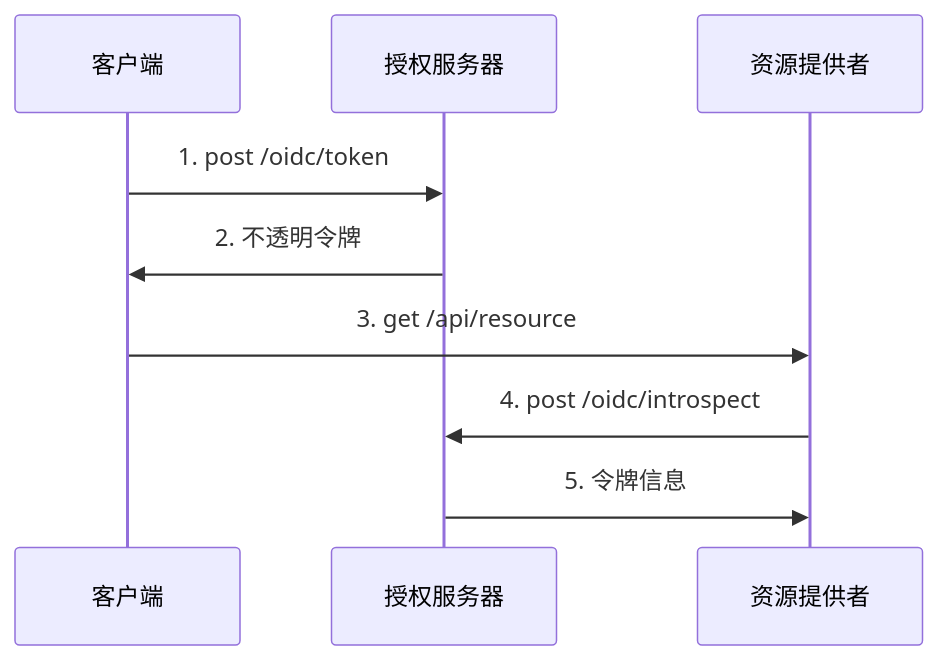
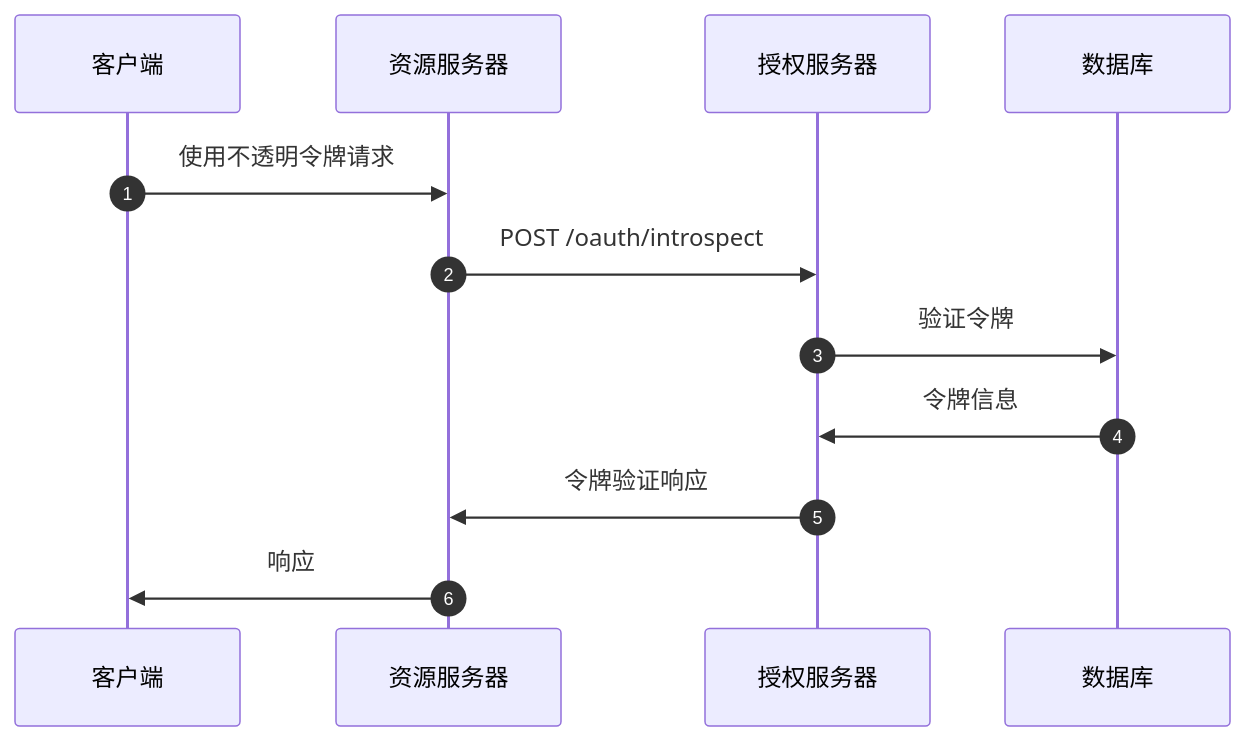
One commit to logto-io/auth-wiki changed the third of 5 diagrams in src/content/terms/zh/opaque-token.mdx. Above: the diagram before and after it, drawn with Mermaid. The commit also changed other lines of this file and 95 other files, not shown here.

````diff
--- a/src/content/terms/zh/opaque-token.mdx
+++ b/src/content/terms/zh/opaque-token.mdx
@@ -49,13 +80,15 @@
 ```mermaid
 sequenceDiagram
     participant C as 客户端
+    participant RS as 资源服务器
     participant AS as 授权服务器
-    participant RP as 资源提供者
+    participant D as 数据库
+    autonumber
 
-    C ->> AS: 1. post /oidc/token
-    AS ->> C: 2. 不透明令牌
-    C ->> RP: 3. get /api/resource
-    RP ->> AS: 4. post /oidc/introspect
-    AS ->> RP: 5. 令牌信息
-
+    C->>RS: 使用不透明令牌请求
+    RS->>AS: POST /oauth/introspect
+    AS->>D: 验证令牌
+    D->>AS: 令牌信息
+    AS->>RS: 令牌验证响应
+    RS->>C: 响应
 ```
````
